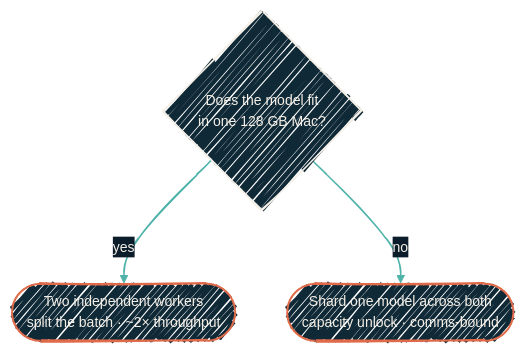
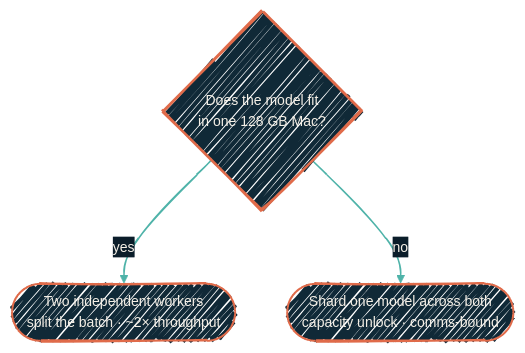
One commit to dryvist/docs changed the diagram in local-llm/distributed.mdx. Above: the diagram before and after it, drawn with Mermaid.

Commit message:
docs: fix Mermaid diagram convention violations in distributed.mdx

````diff
--- a/local-llm/distributed.mdx
+++ b/local-llm/distributed.mdx
@@ -43,17 +43,17 @@
 ```mermaid
 %%{init: {'theme':'base','look':'handDrawn','themeVariables':{'fontFamily':'Geist','fontSize':'14px','primaryColor':'#102937','primaryTextColor':'#F4EFE6','primaryBorderColor':'#4FB3A9','lineColor':'#4FB3A9','secondaryColor':'#0B1D2A','tertiaryColor':'#1A2A38','clusterBkg':'rgba(79,179,169,0.08)','clusterBorder':'#4FB3A9'}}}%%
 flowchart TB
   Q{Does the model fit<br/>in one 128 GB Mac?}
   Two([Two independent workers<br/>split the batch · ~2× throughput])
   Shard([Shard one model across both<br/>capacity unlock · comms-bound])
 
   Q -->|yes| Two
   Q -->|no| Shard
 
-  classDef ask  fill:#102937,stroke:#F4EFE6,stroke-width:1.5px,color:#F4EFE6;
+  classDef gate fill:#102937,stroke:#E06B4A,stroke-width:2.5px,color:#F4EFE6;
   classDef ai   fill:#102937,stroke:#E06B4A,stroke-width:2px,color:#F4EFE6;
-  class Q ask
+  class Q gate
   class Two,Shard ai
 
-  linkStyle default stroke:#4FB3A9,stroke-width:1.5px;
+  linkStyle 0,1 stroke:#4FB3A9,stroke-width:1.5px;
 ```
````
